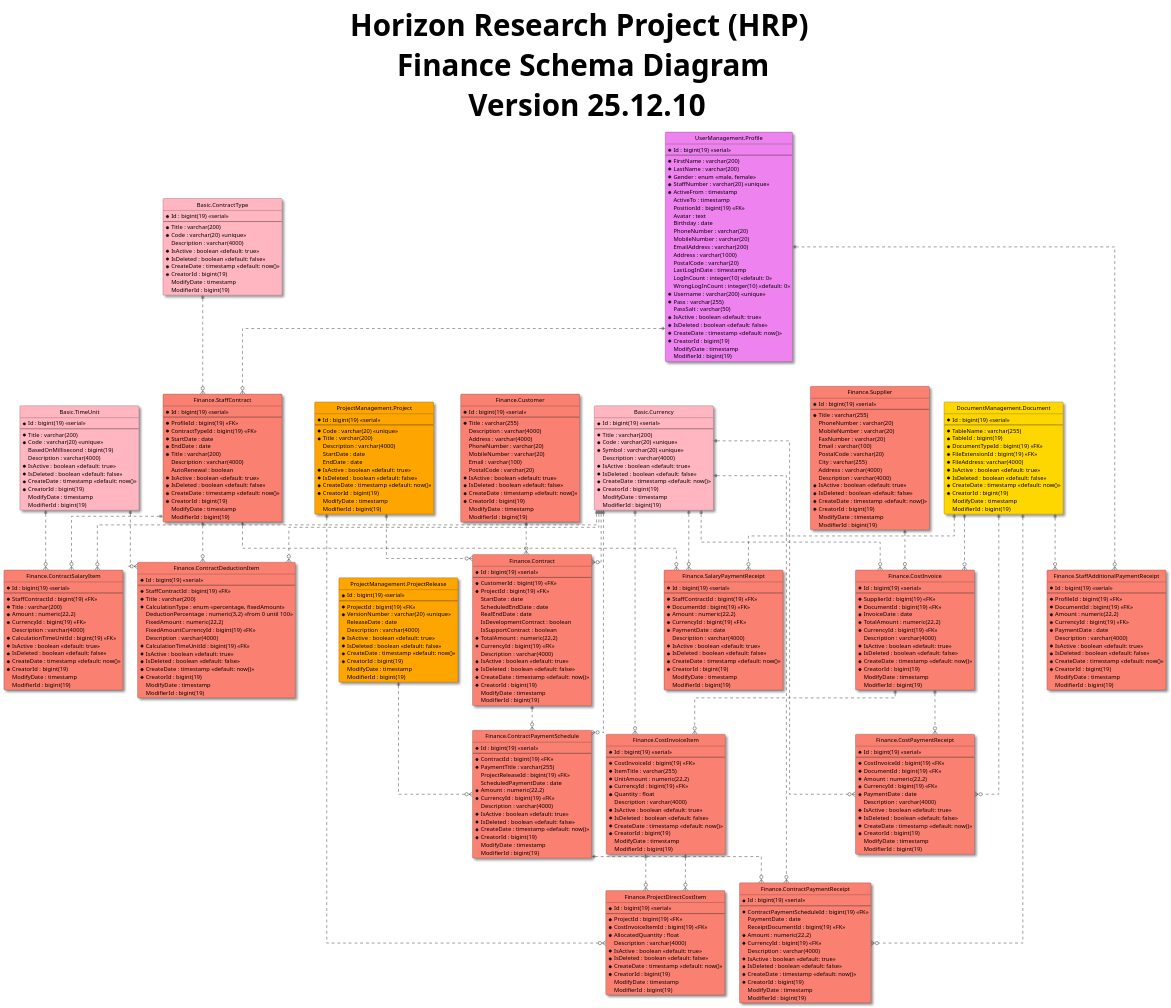
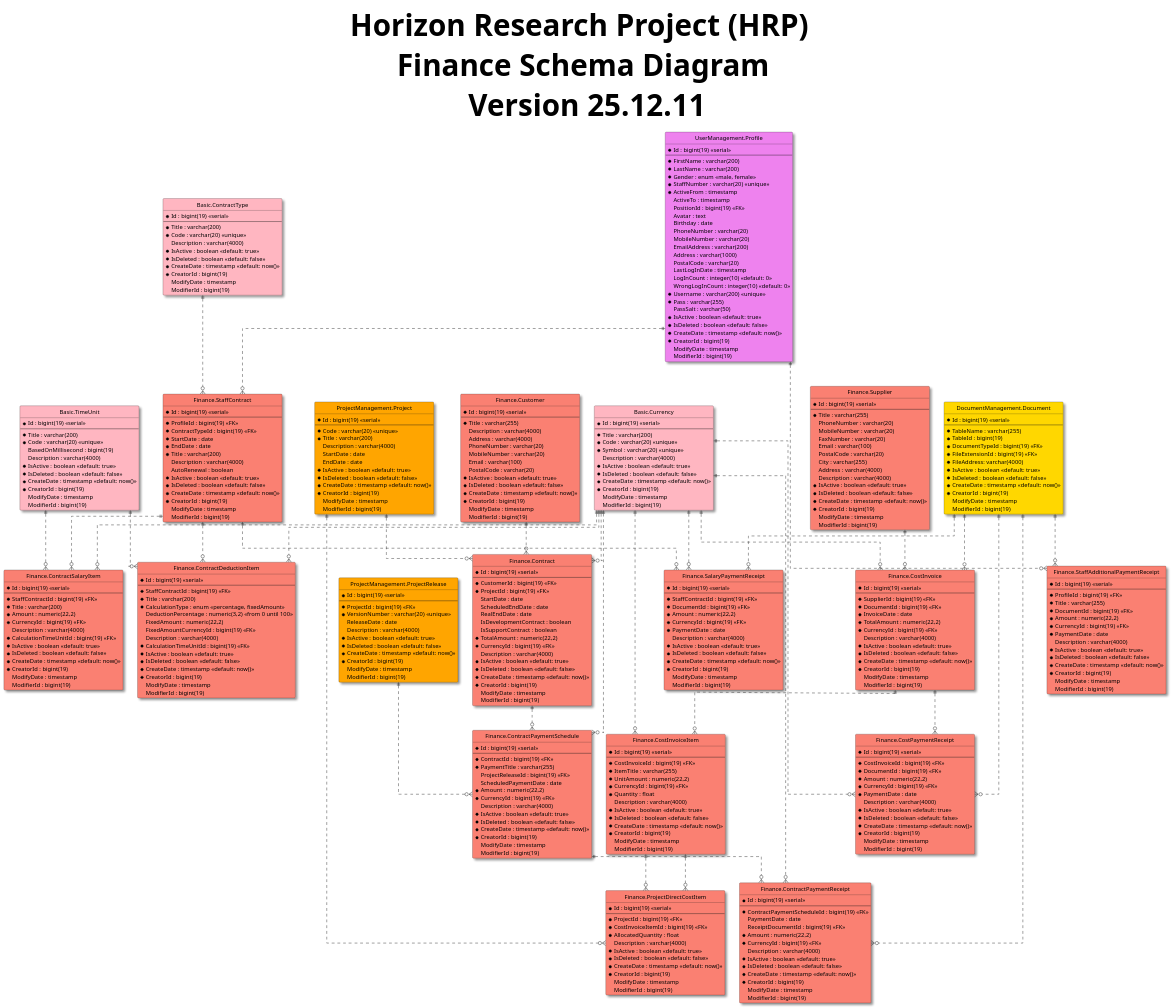
Before and after one commit to shadowfox1984/Horizon: the diagram in 3-HorizonModeling/3.1-HorizonUml/ERD/Schemas/FinanceSchemaDiagram.puml, drawn with PlantUML. The commit also changed 24 other files, not shown here.

```diff
--- a/3-HorizonModeling/3.1-HorizonUml/ERD/Schemas/FinanceSchemaDiagram.puml
+++ b/3-HorizonModeling/3.1-HorizonUml/ERD/Schemas/FinanceSchemaDiagram.puml
@@ -5,7 +5,7 @@
 skinparam Shadowing True
 skinparam TitleFontSize 72pt
 
-title Horizon Research Project (HRP) \n Finance Schema Diagram \n Version 25.12.10
+title Horizon Research Project (HRP) \n Finance Schema Diagram \n Version 25.12.11
 
 entity "Basic.ContractType" as contractType #LightPink{
   *Id : bigint(19) <<serial>>
@@ -290,6 +290,7 @@
   *Id : bigint(19) <<serial>>
   --
   *ProfileId : bigint(19) <<FK>>
+  *Title : varchar(255)
   *DocumentId : bigint(19) <<FK>>
   *Amount : numeric(22,2)
   *CurrencyId : bigint(19) <<FK>>
```
